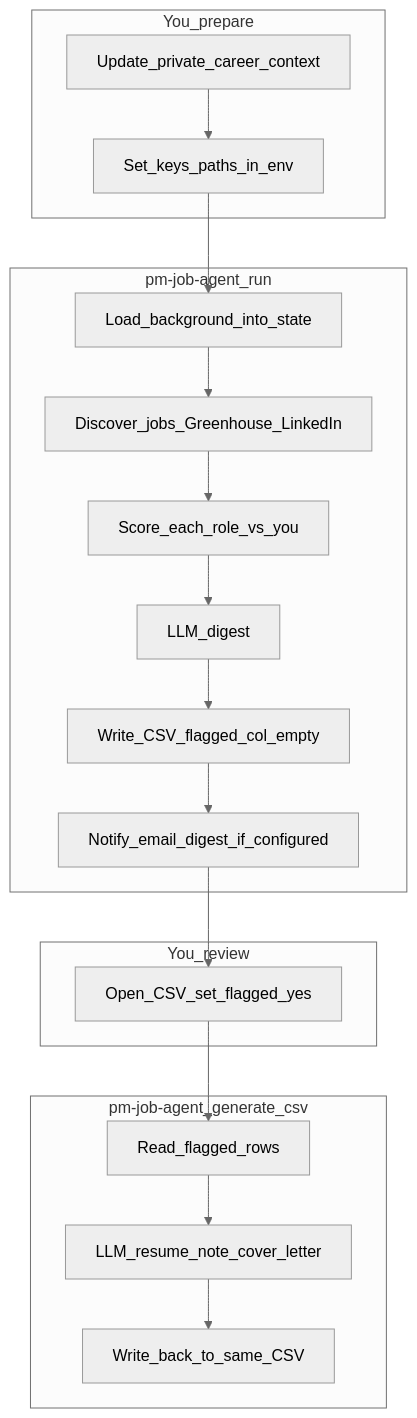
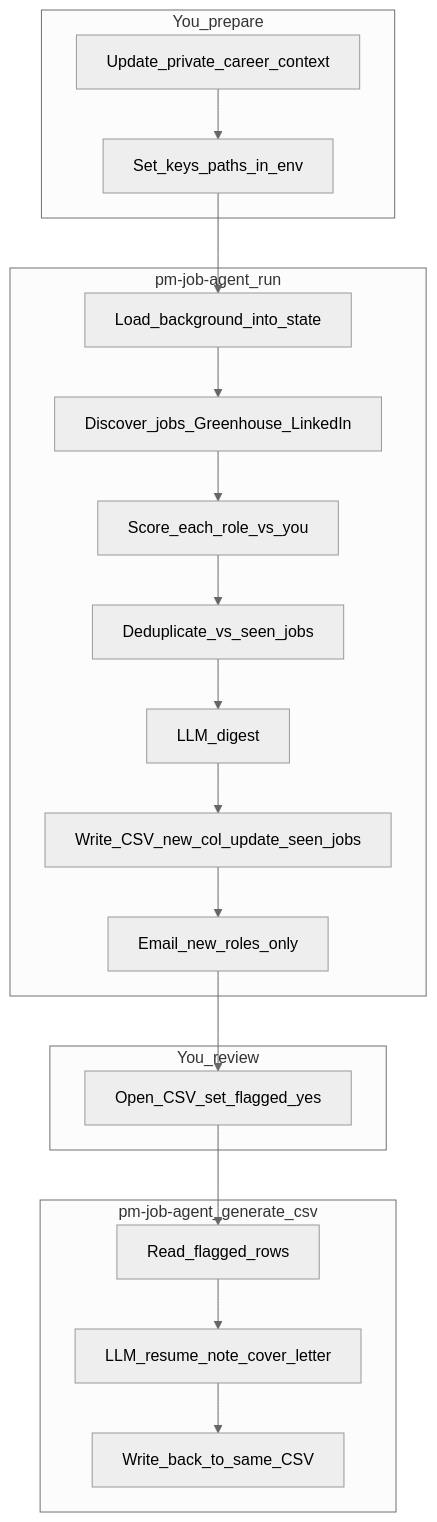
Before and after one commit to ravigahlla/pm-job-agent: the diagram in README.md, drawn with Mermaid (neutral theme). The commit also changed other lines of this file, not shown here.

````diff
--- a/README.md
+++ b/README.md
@@ -16,38 +16,40 @@
 ```mermaid
 flowchart TB
   subgraph prep [You_prepare]
     writeContext[Update_private_career_context]
     writeEnv[Set_keys_paths_in_env]
   end
 
   subgraph run [pm-job-agent_run]
     loadBg[Load_background_into_state]
     gather[Discover_jobs_Greenhouse_LinkedIn]
     rank[Score_each_role_vs_you]
+    dedup[Deduplicate_vs_seen_jobs]
     digest[LLM_digest]
-    persist[Write_CSV_flagged_col_empty]
-    notifyEmail["Notify_email_digest_if_configured"]
+    persist[Write_CSV_new_col_update_seen_jobs]
+    notifyEmail["Email_new_roles_only"]
   end
 
   subgraph review [You_review]
     openCSV[Open_CSV_set_flagged_yes]
   end
 
   subgraph generate [pm-job-agent_generate_csv]
     readFlagged[Read_flagged_rows]
     genDocs[LLM_resume_note_cover_letter]
     writeBack[Write_back_to_same_CSV]
   end
 
   writeContext --> writeEnv
   writeEnv --> loadBg
   loadBg --> gather
   gather --> rank
-  rank --> digest
+  rank --> dedup
+  dedup --> digest
   digest --> persist
   persist --> notifyEmail
   notifyEmail --> openCSV
   openCSV --> readFlagged
   readFlagged --> genDocs
   genDocs --> writeBack
 ```
````
